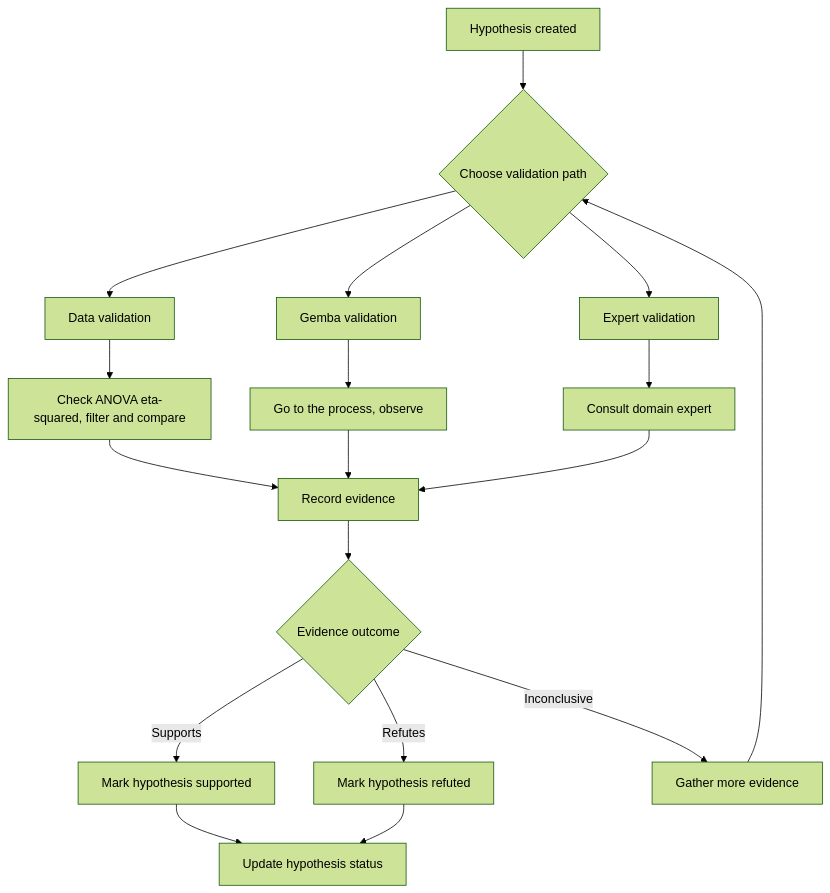
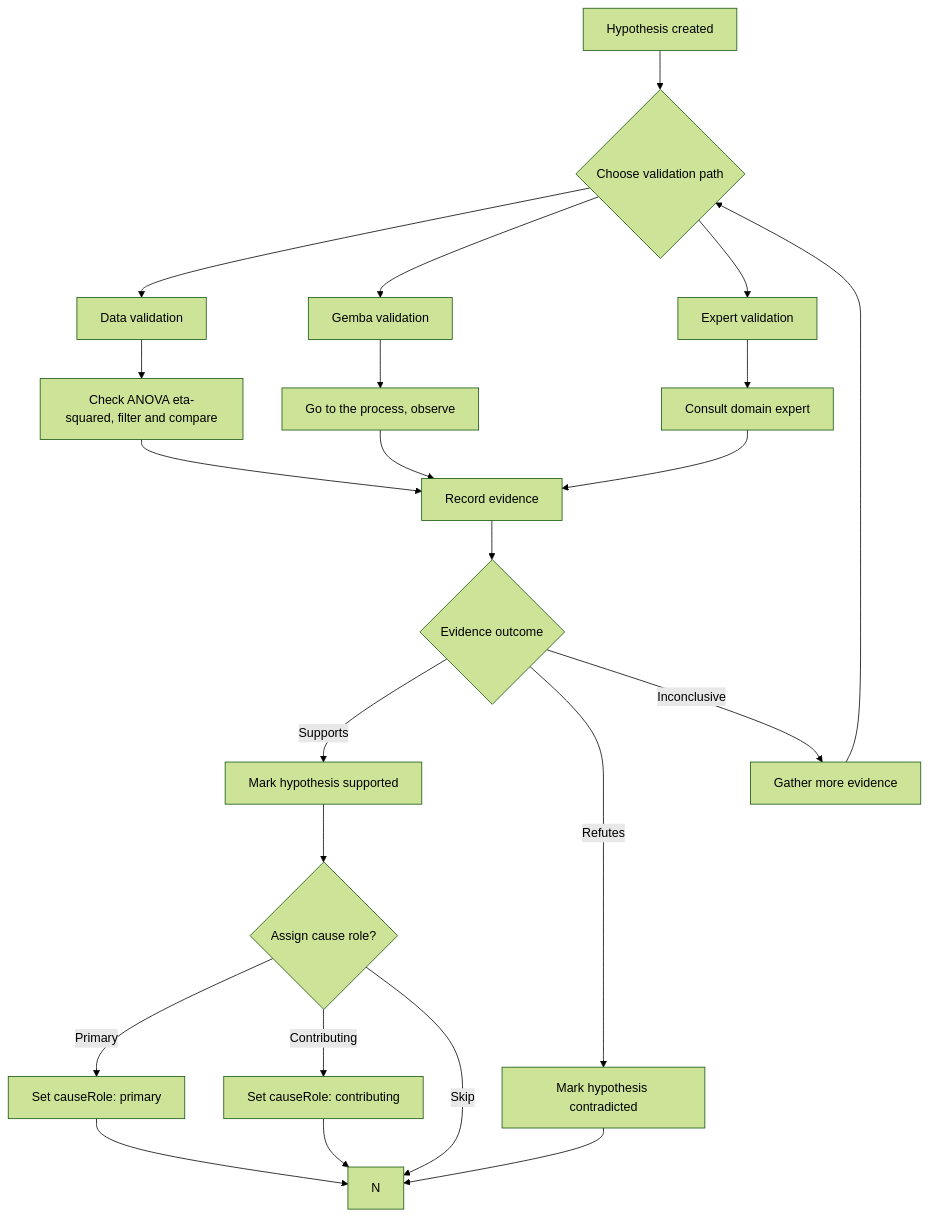
The third of 3 diagrams in docs/03-features/workflows/investigation-lifecycle-map.md (jukka-matti/variscout), drawn with Mermaid (forest theme) before and after one commit. The commit also changed other lines of this file and 23 other files, not shown here.

First line of the commit message:
chore: remove dormant LikeC4 pipeline, update stale diagrams, add health check

````diff
--- a/docs/03-features/workflows/investigation-lifecycle-map.md
+++ b/docs/03-features/workflows/investigation-lifecycle-map.md
@@ -102,20 +103,25 @@
 ```mermaid
 flowchart TD
     A[Hypothesis created] --> B{Choose validation path}
     B --> C[Data validation]
     B --> D[Gemba validation]
     B --> E[Expert validation]
     C --> F[Check ANOVA eta-squared, filter and compare]
     D --> G[Go to the process, observe]
     E --> H[Consult domain expert]
     F --> I[Record evidence]
     G --> I
     H --> I
     I --> J{Evidence outcome}
     J -->|Supports| K[Mark hypothesis supported]
-    J -->|Refutes| L[Mark hypothesis refuted]
+    J -->|Refutes| L[Mark hypothesis contradicted]
     J -->|Inconclusive| M[Gather more evidence]
     M --> B
-    K --> N[Update hypothesis status]
+    K --> O{Assign cause role?}
+    O -->|Primary| P[Set causeRole: primary]
+    O -->|Contributing| Q[Set causeRole: contributing]
+    O -->|Skip| N
+    P --> N
+    Q --> N
     L --> N
 ```
````
